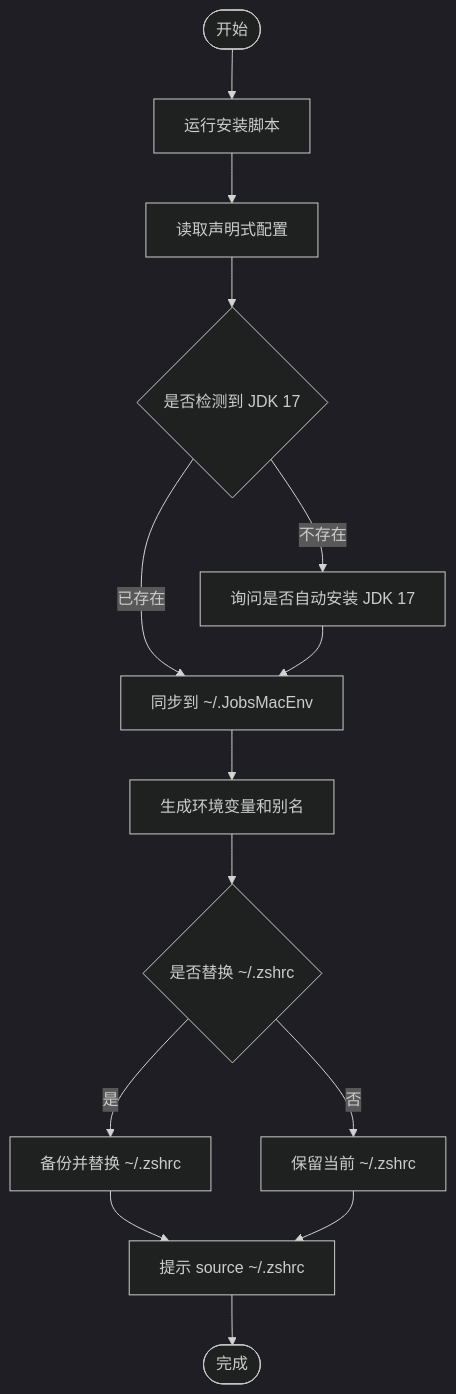
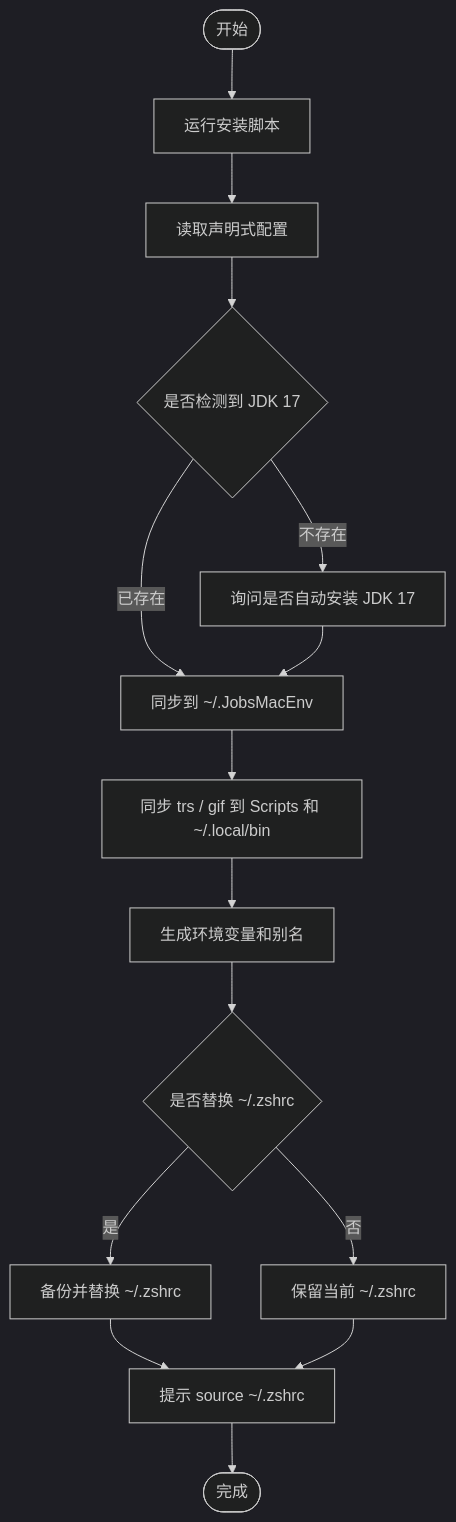
One commit to JobsKits/JobsMacEnvVarConfig changed the diagram in README.md. Above: the diagram before and after it, drawn with Mermaid (dark theme). The commit also changed other lines of this file and 20 other files, not shown here.

````diff
--- a/README.md
+++ b/README.md
@@ -92,23 +125,24 @@
 ```mermaid
 flowchart TD
     A([开始])
     B[运行安装脚本]
     C[读取声明式配置]
     D{是否检测到 JDK 17}
     E[询问是否自动安装 JDK 17]
     F[同步到 ~/.JobsMacEnv]
+    T[同步 trs / gif 到 Scripts 和 ~/.local/bin]
     G[生成环境变量和别名]
     H{是否替换 ~/.zshrc}
     I[备份并替换 ~/.zshrc]
     J[保留当前 ~/.zshrc]
     K[提示 source ~/.zshrc]
     L([完成])
 
     A --> B --> C --> D
     D -- 已存在 --> F
     D -- 不存在 --> E --> F
-    F --> G --> H
+    F --> T --> G --> H
     H -- 是 --> I --> K
     H -- 否 --> J --> K
     K --> L
 ```
````
